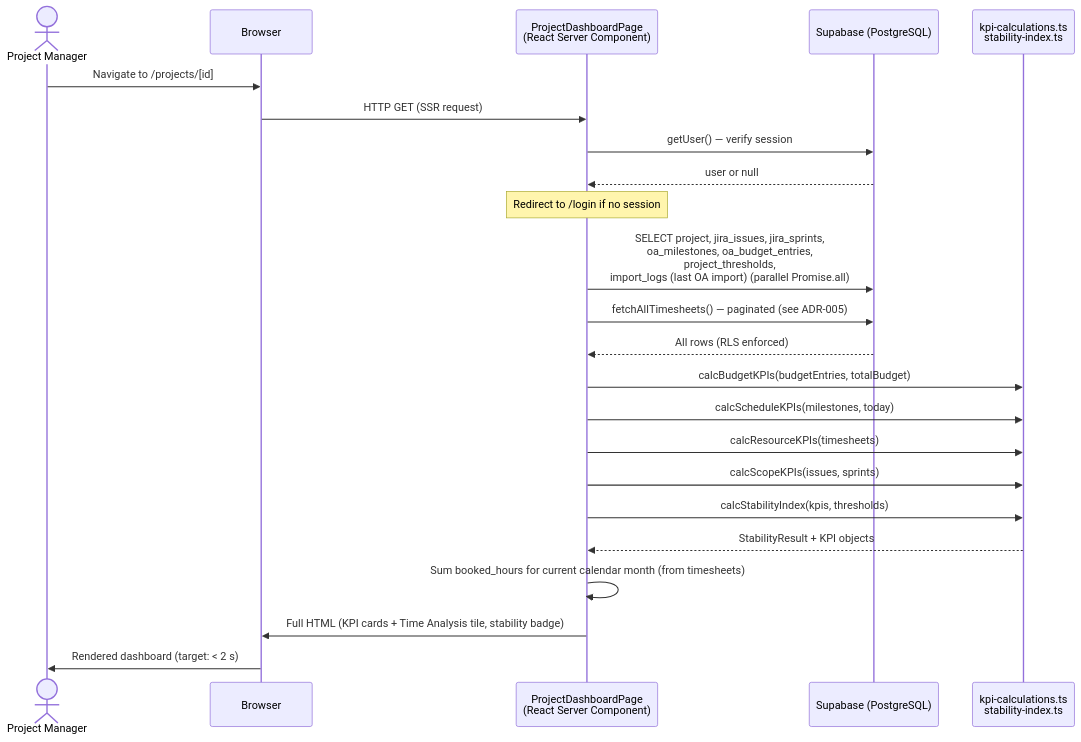
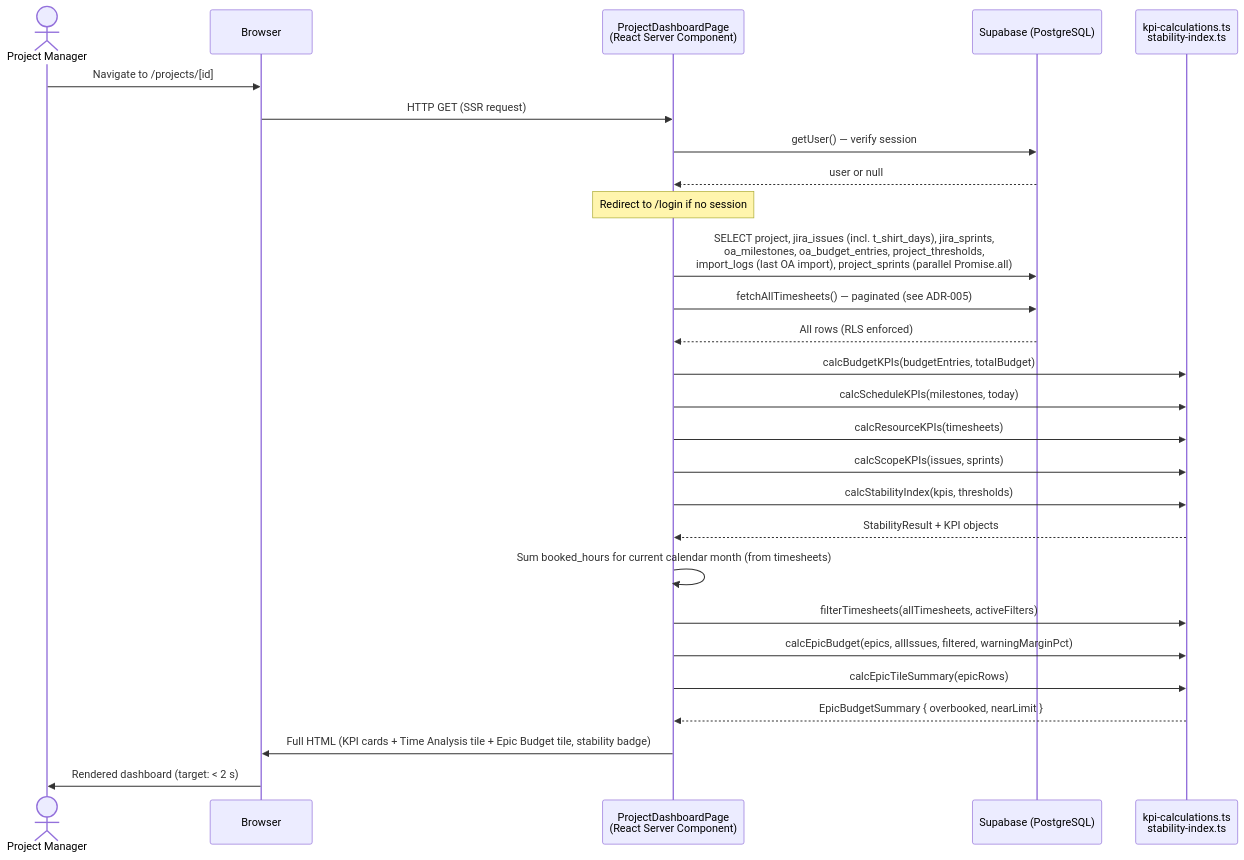
One commit to matthias1309/project_buddy changed the second of 5 diagrams in docs/arc42/06_runtime.md. Above: the diagram before and after it, drawn with Mermaid. The commit also changed other lines of this file and 1 other file, not shown here.

````diff
--- a/docs/arc42/06_runtime.md
+++ b/docs/arc42/06_runtime.md
@@ -45,26 +45,30 @@
 ```mermaid
 sequenceDiagram
     actor PM as Project Manager
     participant Browser
     participant RSC as ProjectDashboardPage<br/>(React Server Component)
     participant DB as Supabase (PostgreSQL)
     participant Calc as kpi-calculations.ts<br/>stability-index.ts
 
     PM->>Browser: Navigate to /projects/[id]
     Browser->>RSC: HTTP GET (SSR request)
     RSC->>DB: getUser() — verify session
     DB-->>RSC: user or null
     Note over RSC: Redirect to /login if no session
-    RSC->>DB: SELECT project, jira_issues, jira_sprints,<br/>oa_milestones, oa_budget_entries,<br/>project_thresholds,<br/>import_logs (last OA import) (parallel Promise.all)
+    RSC->>DB: SELECT project, jira_issues (incl. t_shirt_days), jira_sprints,<br/>oa_milestones, oa_budget_entries, project_thresholds,<br/>import_logs (last OA import), project_sprints (parallel Promise.all)
     RSC->>DB: fetchAllTimesheets() — paginated (see ADR-005)
     DB-->>RSC: All rows (RLS enforced)
     RSC->>Calc: calcBudgetKPIs(budgetEntries, totalBudget)
     RSC->>Calc: calcScheduleKPIs(milestones, today)
     RSC->>Calc: calcResourceKPIs(timesheets)
     RSC->>Calc: calcScopeKPIs(issues, sprints)
     RSC->>Calc: calcStabilityIndex(kpis, thresholds)
     Calc-->>RSC: StabilityResult + KPI objects
     RSC->>RSC: Sum booked_hours for current calendar month (from timesheets)
-    RSC->>Browser: Full HTML (KPI cards + Time Analysis tile, stability badge)
+    RSC->>Calc: filterTimesheets(allTimesheets, activeFilters)
+    RSC->>Calc: calcEpicBudget(epics, allIssues, filtered, warningMarginPct)
+    RSC->>Calc: calcEpicTileSummary(epicRows)
+    Calc-->>RSC: EpicBudgetSummary { overbooked, nearLimit }
+    RSC->>Browser: Full HTML (KPI cards + Time Analysis tile + Epic Budget tile, stability badge)
     Browser->>PM: Rendered dashboard (target: < 2 s)
 ```
````
